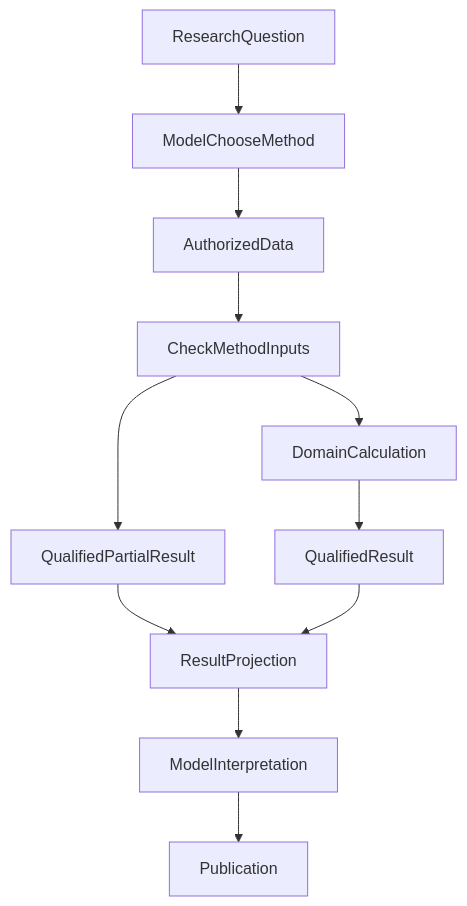
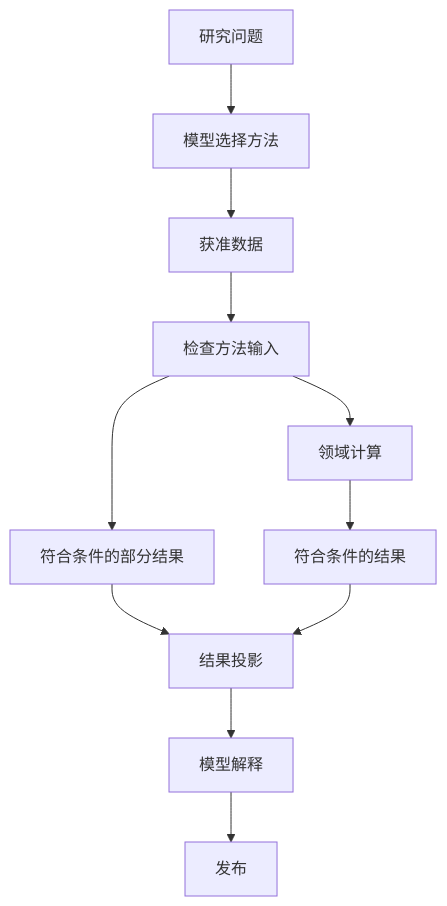
Before and after one commit to hpoenixf/eff-agent-article: the diagram in articles/financial-agent-python-result-consumption.md, drawn with Mermaid. The commit also changed 52 other files, not shown here.

Commit message:
docs: localize diagrams and clarify flagship guides

````diff
--- a/articles/financial-agent-python-result-consumption.md
+++ b/articles/financial-agent-python-result-consumption.md
@@ -40,13 +40,13 @@
 ```mermaid
 graph TD
-ResearchQuestion --> ModelChooseMethod
-ModelChooseMethod --> AuthorizedData
-AuthorizedData --> CheckMethodInputs
-CheckMethodInputs --> DomainCalculation
-CheckMethodInputs --> QualifiedPartialResult
-DomainCalculation --> QualifiedResult
-QualifiedPartialResult --> ResultProjection
+ResearchQuestion["研究问题"] --> ModelChooseMethod["模型选择方法"]
+ModelChooseMethod --> AuthorizedData["获准数据"]
+AuthorizedData --> CheckMethodInputs["检查方法输入"]
+CheckMethodInputs --> DomainCalculation["领域计算"]
+CheckMethodInputs --> QualifiedPartialResult["符合条件的部分结果"]
+DomainCalculation --> QualifiedResult["符合条件的结果"]
+QualifiedPartialResult --> ResultProjection["结果投影"]
 QualifiedResult --> ResultProjection
-ResultProjection --> ModelInterpretation
-ModelInterpretation --> Publication
+ResultProjection --> ModelInterpretation["模型解释"]
+ModelInterpretation --> Publication["发布"]
 ```
````
